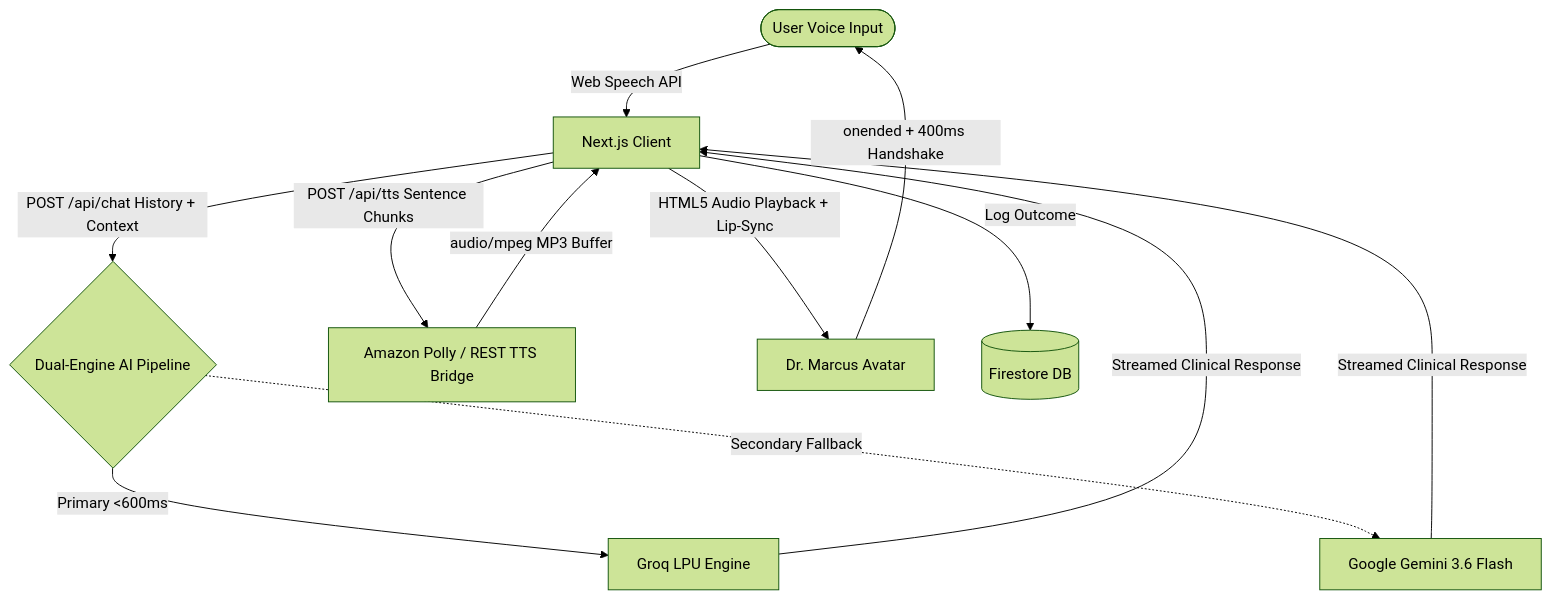
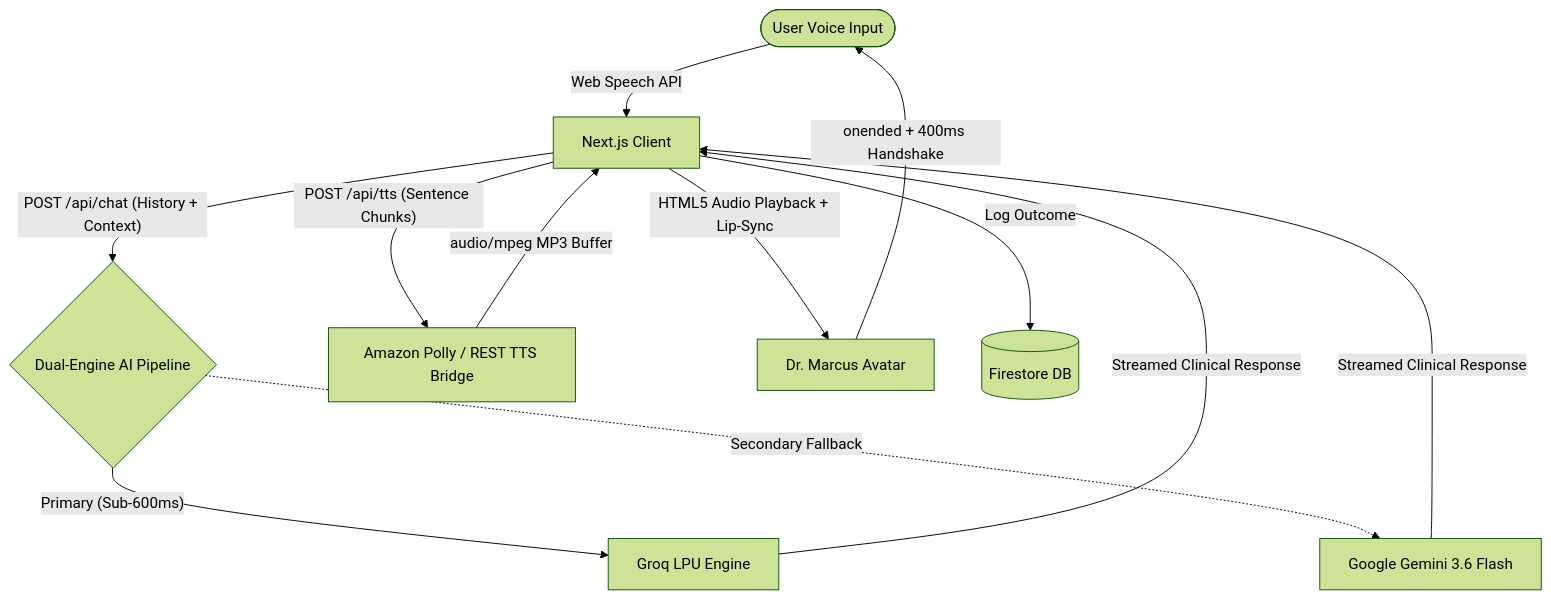
The diagram in README.md (sayakbhattasali/mind-reset-ai), drawn with Mermaid (forest theme) before and after one commit.

Commit message:
Fix Mermaid diagram syntax in README.md

````diff
--- a/README.md
+++ b/README.md
@@ -59,14 +59,14 @@
 ```mermaid
 graph TD
-    User([User Voice Input]) -->|Web Speech API| Client[Next.js Client]
-    Client -->|POST /api/chat History + Context| Engine{Dual-Engine AI Pipeline}
-    Engine -->|Primary <600ms| GroqServer[Groq LPU Engine]
-    Engine -.->|Secondary Fallback| GeminiServer[Google Gemini 3.6 Flash]
-    GroqServer -->|Streamed Clinical Response| Client
-    GeminiServer -->|Streamed Clinical Response| Client
-    Client -->|POST /api/tts Sentence Chunks| TTSAPI[Amazon Polly / REST TTS Bridge]
-    TTSAPI -->|audio/mpeg MP3 Buffer| Client
-    Client -->|HTML5 Audio Playback + Lip-Sync| Avatar[Dr. Marcus Avatar]
-    Avatar -->|onended + 400ms Handshake| User
-    Client -->|Log Outcome| Firebase[(Firestore DB)]
+    User(["User Voice Input"]) -->|"Web Speech API"| Client["Next.js Client"]
+    Client -->|"POST /api/chat (History + Context)"| Engine{"Dual-Engine AI Pipeline"}
+    Engine -->|"Primary (Sub-600ms)"| GroqServer["Groq LPU Engine"]
+    Engine -.->|"Secondary Fallback"| GeminiServer["Google Gemini 3.6 Flash"]
+    GroqServer -->|"Streamed Clinical Response"| Client
+    GeminiServer -->|"Streamed Clinical Response"| Client
+    Client -->|"POST /api/tts (Sentence Chunks)"| TTSAPI["Amazon Polly / REST TTS Bridge"]
+    TTSAPI -->|"audio/mpeg MP3 Buffer"| Client
+    Client -->|"HTML5 Audio Playback + Lip-Sync"| Avatar["Dr. Marcus Avatar"]
+    Avatar -->|"onended + 400ms Handshake"| User
+    Client -->|"Log Outcome"| Firebase[("Firestore DB")]
 ```
````
